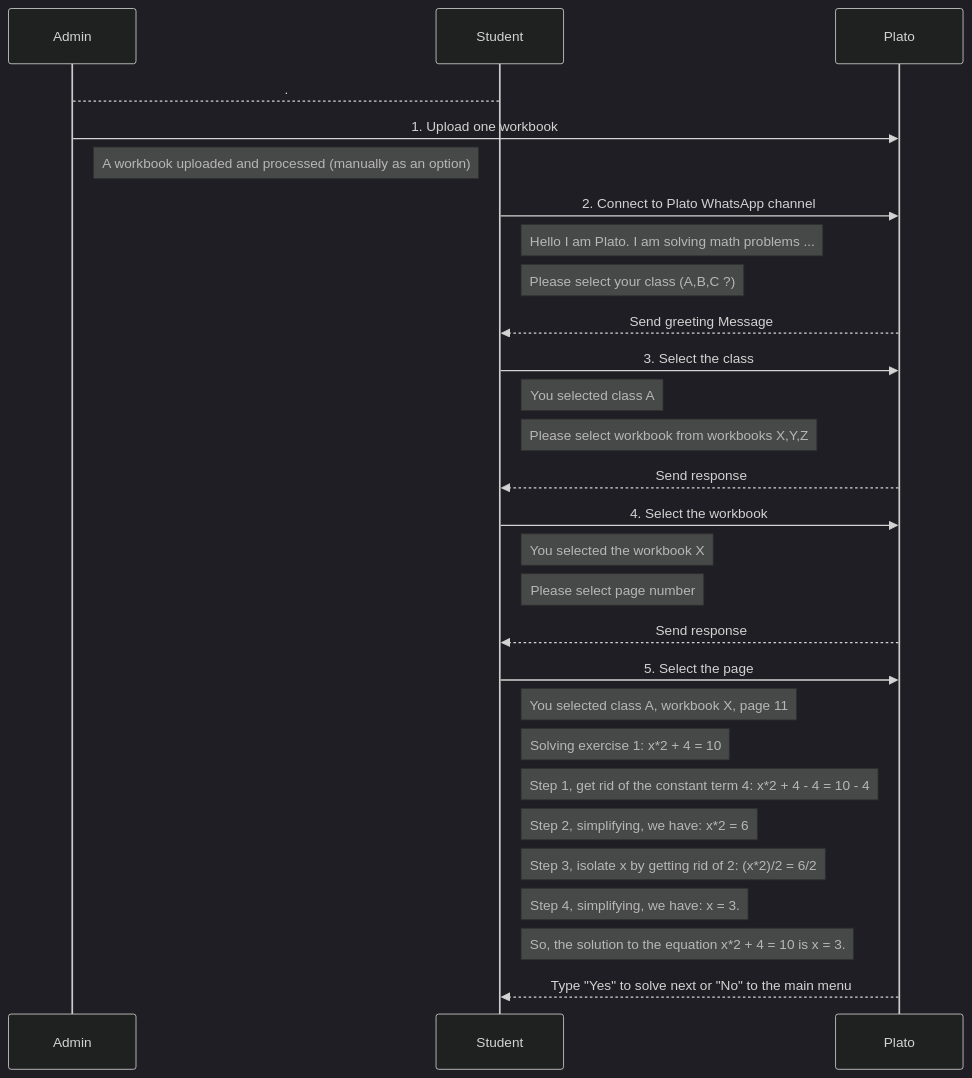
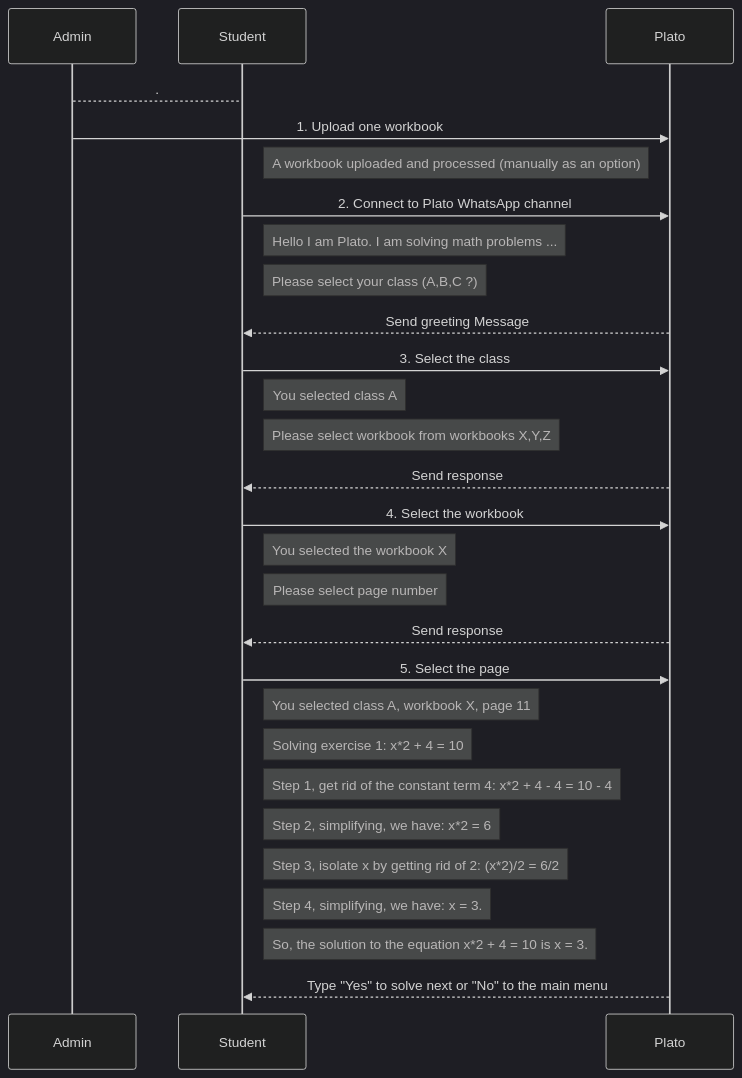
The third of 4 diagrams in docs/design.md (dimastatz/plato), drawn with Mermaid (dark theme) before and after one commit.

Commit message:
fix MVP description

````diff
--- a/docs/design.md
+++ b/docs/design.md
@@ -96,32 +96,32 @@
 ```mermaid
 sequenceDiagram
 Admin-->Student: .
 
 Admin->>Plato: 1. Upload one workbook
-Note right of Admin: A workbook uploaded and processed (manually as an option)
+Note left of Plato: A workbook uploaded and processed (manually as an option)
 
 Student->>Plato: 2. Connect to Plato WhatsApp channel
 Note right of Student: Hello I am Plato. I am solving math problems ...
 Note right of Student: Please select your class (A,B,C ?)
 Plato-->>Student: Send greeting Message 
 
 Student->>Plato: 3. Select the class
 Note right of Student: You selected class A
 Note right of Student: Please select workbook from workbooks X,Y,Z
 Plato-->>Student: Send response 
 
 Student->>Plato: 4. Select the workbook
 Note right of Student: You selected the workbook X
 Note right of Student: Please select page number
 Plato-->>Student: Send response 
 
 Student->>Plato: 5. Select the page
 Note right of Student: You selected class A, workbook X, page 11
 Note right of Student: Solving exercise 1: x*2 + 4 = 10
 Note right of Student: Step 1, get rid of the constant term 4: x*2 + 4 - 4 = 10 - 4
 Note right of Student: Step 2, simplifying, we have: x*2 = 6
 Note right of Student: Step 3, isolate x by getting rid of 2: (x*2)/2 = 6/2
 Note right of Student: Step 4, simplifying, we have: x = 3.
 Note right of Student: So, the solution to the equation x*2 + 4 = 10 is x = 3.
 Plato-->>Student: Type "Yes" to solve next or "No" to the main menu 
 ```
````
